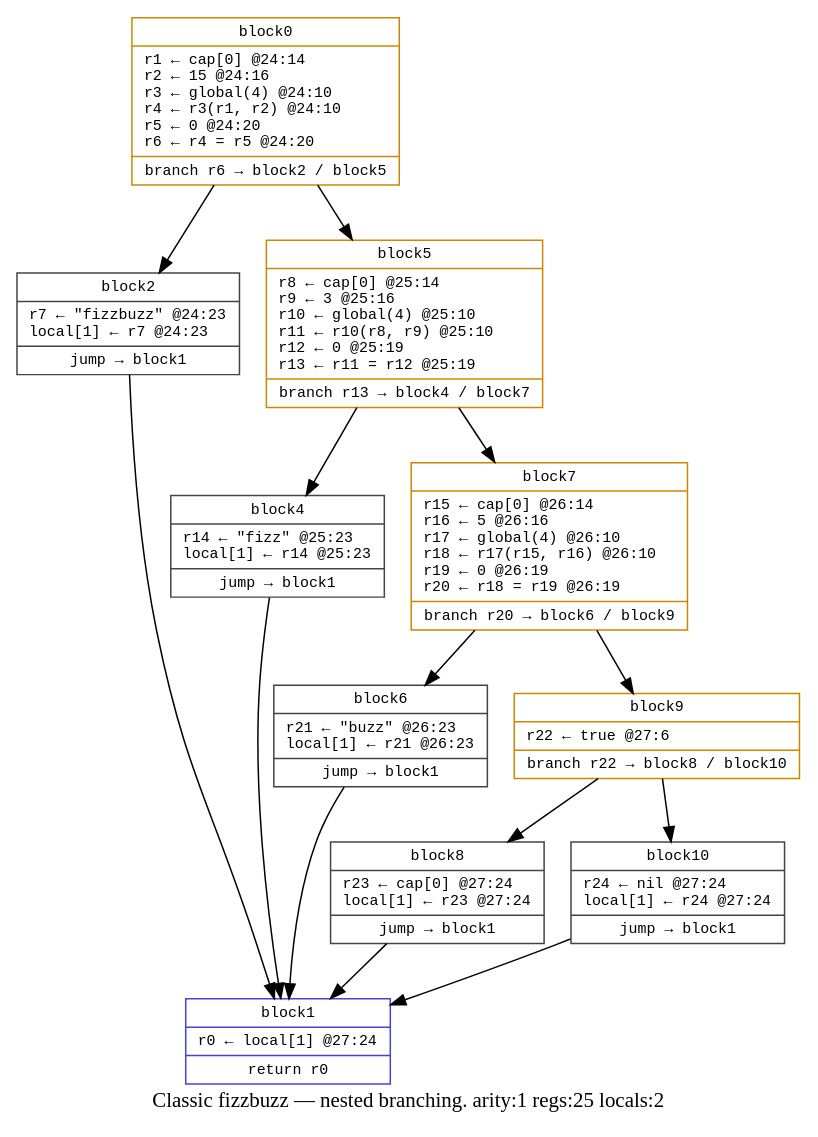
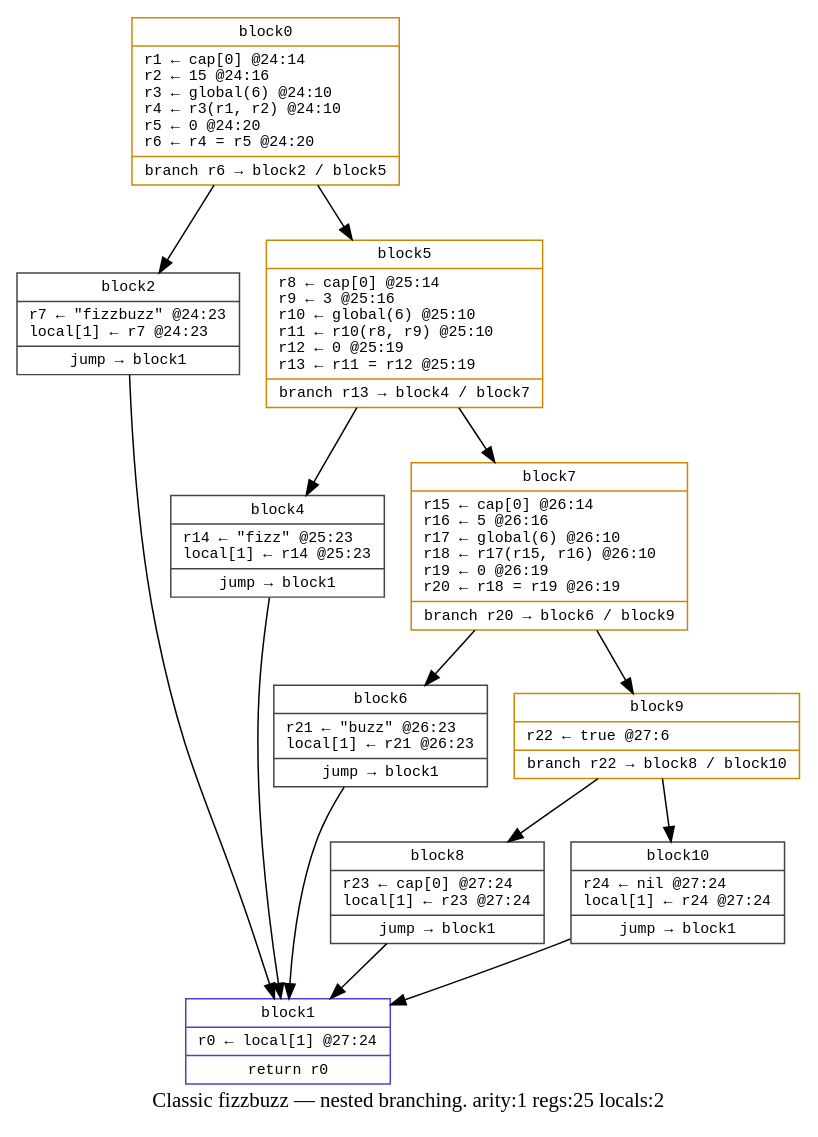
Before and after one commit to elle-lisp/elle: the diagram in demos/cfgviz/fizzbuzz.dot, drawn with Graphviz. The commit also changed 206 other files, not shown here.

```diff
--- a/demos/cfgviz/fizzbuzz.dot
+++ b/demos/cfgviz/fizzbuzz.dot
@@ -1,27 +1,27 @@
 digraph {
   label="Classic fizzbuzz — nested branching. arity:1 regs:25 locals:2";
   node [shape=record fontname="monospace" fontsize=10];
-  block0 [color="#cc8800" label="{block0|r1 ← cap[0] @24:14\lr2 ← 15 @24:16\lr3 ← global(4) @24:10\lr4 ← r3(r1, r2) @24:10\lr5 ← 0 @24:20\lr6 ← r4 = r5 @24:20\l|branch r6 → block2 / block5}"];
+  block0 [color="#cc8800" label="{block0|r1 ← cap[0] @24:14\lr2 ← 15 @24:16\lr3 ← global(6) @24:10\lr4 ← r3(r1, r2) @24:10\lr5 ← 0 @24:20\lr6 ← r4 = r5 @24:20\l|branch r6 → block2 / block5}"];
   block0 -> block2;
   block0 -> block5;
   block2 [color="#444444" label="{block2|r7 ← \"fizzbuzz\" @24:23\llocal[1] ← r7 @24:23\l|jump → block1}"];
   block2 -> block1;
-  block5 [color="#cc8800" label="{block5|r8 ← cap[0] @25:14\lr9 ← 3 @25:16\lr10 ← global(4) @25:10\lr11 ← r10(r8, r9) @25:10\lr12 ← 0 @25:19\lr13 ← r11 = r12 @25:19\l|branch r13 → block4 / block7}"];
+  block5 [color="#cc8800" label="{block5|r8 ← cap[0] @25:14\lr9 ← 3 @25:16\lr10 ← global(6) @25:10\lr11 ← r10(r8, r9) @25:10\lr12 ← 0 @25:19\lr13 ← r11 = r12 @25:19\l|branch r13 → block4 / block7}"];
   block5 -> block4;
   block5 -> block7;
   block4 [color="#444444" label="{block4|r14 ← \"fizz\" @25:23\llocal[1] ← r14 @25:23\l|jump → block1}"];
   block4 -> block1;
-  block7 [color="#cc8800" label="{block7|r15 ← cap[0] @26:14\lr16 ← 5 @26:16\lr17 ← global(4) @26:10\lr18 ← r17(r15, r16) @26:10\lr19 ← 0 @26:19\lr20 ← r18 = r19 @26:19\l|branch r20 → block6 / block9}"];
+  block7 [color="#cc8800" label="{block7|r15 ← cap[0] @26:14\lr16 ← 5 @26:16\lr17 ← global(6) @26:10\lr18 ← r17(r15, r16) @26:10\lr19 ← 0 @26:19\lr20 ← r18 = r19 @26:19\l|branch r20 → block6 / block9}"];
   block7 -> block6;
   block7 -> block9;
   block6 [color="#444444" label="{block6|r21 ← \"buzz\" @26:23\llocal[1] ← r21 @26:23\l|jump → block1}"];
   block6 -> block1;
   block9 [color="#cc8800" label="{block9|r22 ← true @27:6\l|branch r22 → block8 / block10}"];
   block9 -> block8;
   block9 -> block10;
   block8 [color="#444444" label="{block8|r23 ← cap[0] @27:24\llocal[1] ← r23 @27:24\l|jump → block1}"];
   block8 -> block1;
   block10 [color="#444444" label="{block10|r24 ← nil @27:24\llocal[1] ← r24 @27:24\l|jump → block1}"];
   block10 -> block1;
   block1 [color="#4444cc" label="{block1|r0 ← local[1] @27:24\l|return r0}"];
 }
```
